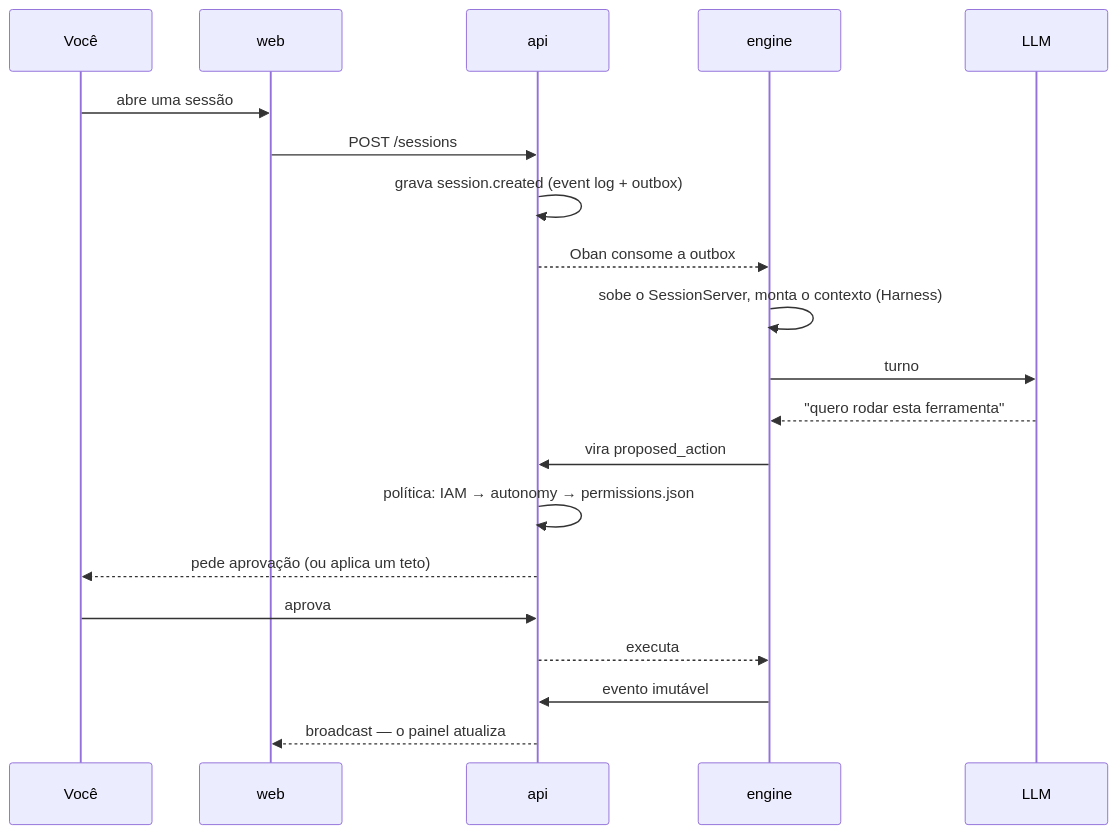
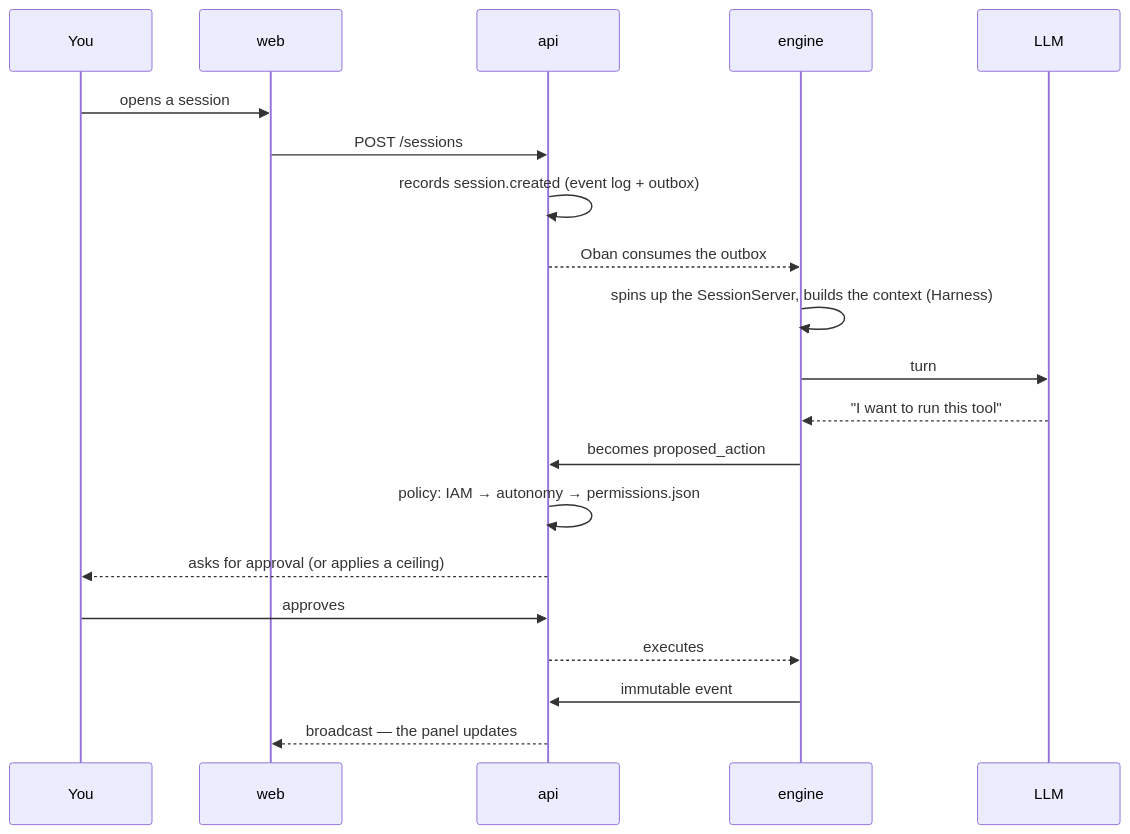
Before and after one commit to daneiel/brabo: the diagram in docs/intro.md, drawn with Mermaid. The commit also changed other lines of this file and 303 other files, not shown here.

````diff
--- a/docs/intro.md
+++ b/docs/intro.md
@@ -46,23 +48,23 @@
 ```mermaid
 sequenceDiagram
-  participant U as Você
+  participant U as You
   participant W as web
   participant A as api
   participant E as engine
   participant L as LLM
 
-  U->>W: abre uma sessão
+  U->>W: opens a session
   W->>A: POST /sessions
-  A->>A: grava session.created (event log + outbox)
-  A-->>E: Oban consome a outbox
-  E->>E: sobe o SessionServer, monta o contexto (Harness)
-  E->>L: turno
-  L-->>E: "quero rodar esta ferramenta"
-  E->>A: vira proposed_action
-  A->>A: política: IAM → autonomy → permissions.json
-  A-->>U: pede aprovação (ou aplica um teto)
-  U->>A: aprova
-  A-->>E: executa
-  E->>A: evento imutável
-  A-->>W: broadcast — o painel atualiza
+  A->>A: records session.created (event log + outbox)
+  A-->>E: Oban consumes the outbox
+  E->>E: spins up the SessionServer, builds the context (Harness)
+  E->>L: turn
+  L-->>E: "I want to run this tool"
+  E->>A: becomes proposed_action
+  A->>A: policy: IAM → autonomy → permissions.json
+  A-->>U: asks for approval (or applies a ceiling)
+  U->>A: approves
+  A-->>E: executes
+  E->>A: immutable event
+  A-->>W: broadcast — the panel updates
 ```
````
